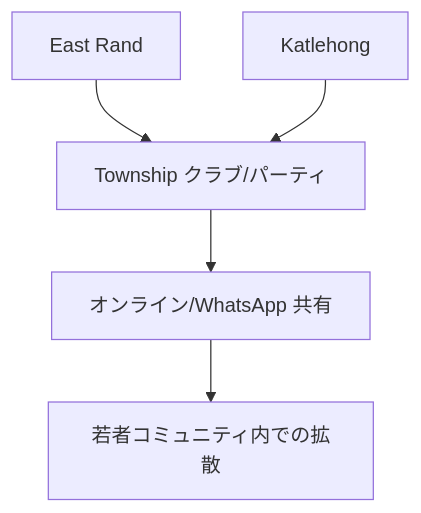
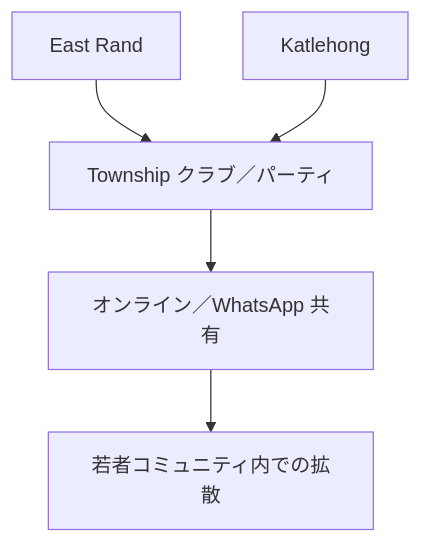
Before and after one commit to monumental-movement/monumental-movement.github.io: the second of 8 diagrams in zh-hant/_posts/2025-11-30-column-south-african-amapiano.md, drawn with Mermaid. The commit also changed other lines of this file and 477 other files, not shown here.

```diff
--- a/zh-hant/_posts/2025-11-30-column-south-african-amapiano.md
+++ b/zh-hant/_posts/2025-11-30-column-south-african-amapiano.md
@@ -100,7 +102,7 @@
 <div class="mermaid">
 graph TD
-    EG[East Rand] --> TB[Township クラブ/パーティ]
-    KAT[Katlehong] --> TB
-    TB --> ONL[オンライン/WhatsApp 共有]
-    ONL --> NA[若者コミュニティ内での拡散]
+    ER["East Rand"] --> TC["Township クラブ／パーティ"]
+    KT["Katlehong"] --> TC
+    TC --> ON["オンライン／WhatsApp 共有"]
+    ON --> YC["若者コミュニティ内での拡散"]
 </div>
```
